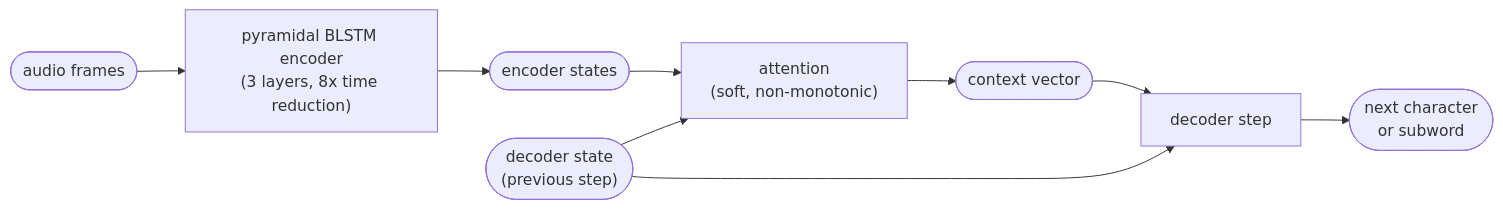
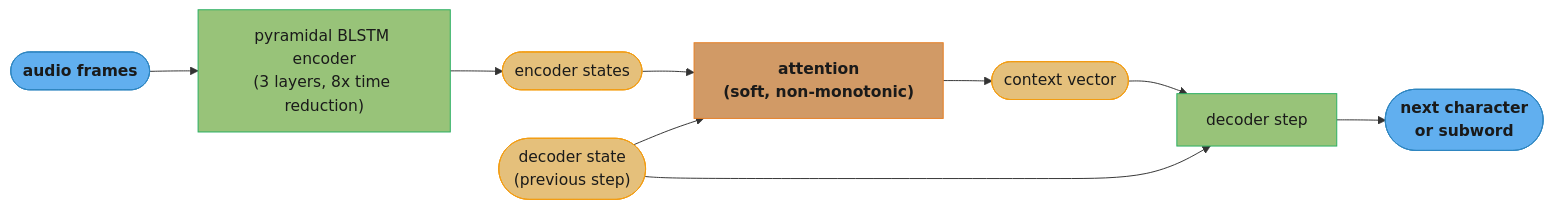
One commit to rppol/system-design changed the fourth of 9 diagrams in src/main/java/com/rutik/systemdesign/ml/speech_and_audio_ml/speech_and_audio_ml.md. Above: the diagram before and after it, drawn with Mermaid. The commit also changed other lines of this file and 38 other files, not shown here.

````diff
--- a/src/main/java/com/rutik/systemdesign/ml/speech_and_audio_ml/speech_and_audio_ml.md
+++ b/src/main/java/com/rutik/systemdesign/ml/speech_and_audio_ml/speech_and_audio_ml.md
@@ -187,11 +224,24 @@
 ```mermaid
 flowchart LR
+    classDef io      fill:#61afef,stroke:#2e86c1,color:#1a1a1a,font-weight:bold
+    classDef frozen  fill:#c678dd,stroke:#9b59b6,color:#fff
+    classDef train   fill:#98c379,stroke:#27ae60,color:#1a1a1a
+    classDef mathOp  fill:#d19a66,stroke:#e67e22,color:#1a1a1a,font-weight:bold
+    classDef lossN   fill:#e06c75,stroke:#c0392b,color:#fff,font-weight:bold
+    classDef req     fill:#56b6c2,stroke:#0097a7,color:#1a1a1a
+    classDef base    fill:#e5c07b,stroke:#f39c12,color:#1a1a1a
+
     a(["audio frames"]) --> pyr["pyramidal BLSTM encoder\n(3 layers, 8x time reduction)"]
     pyr --> henc(["encoder states"])
     henc --> att["attention\n(soft, non-monotonic)"]
     dprev(["decoder state\n(previous step)"]) --> att
     att --> ctx(["context vector"])
     ctx --> dec["decoder step"]
     dprev --> dec
     dec --> ychar(["next character\nor subword"])
+
+    class a,ychar io
+    class pyr,dec train
+    class henc,ctx,dprev base
+    class att mathOp
 ```
````
